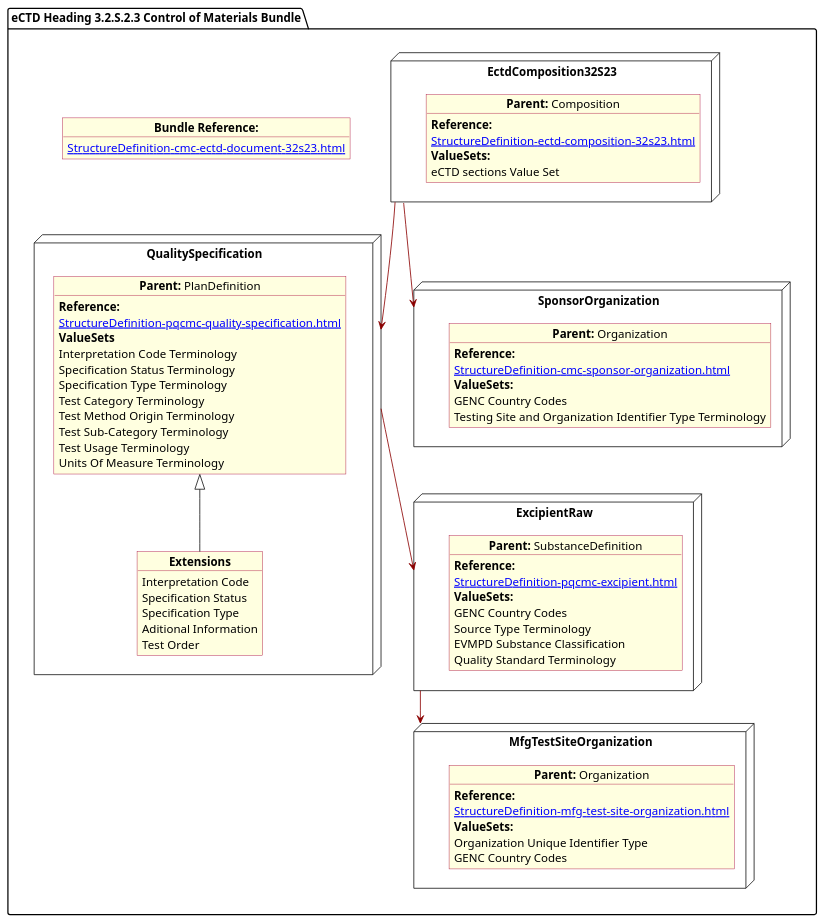
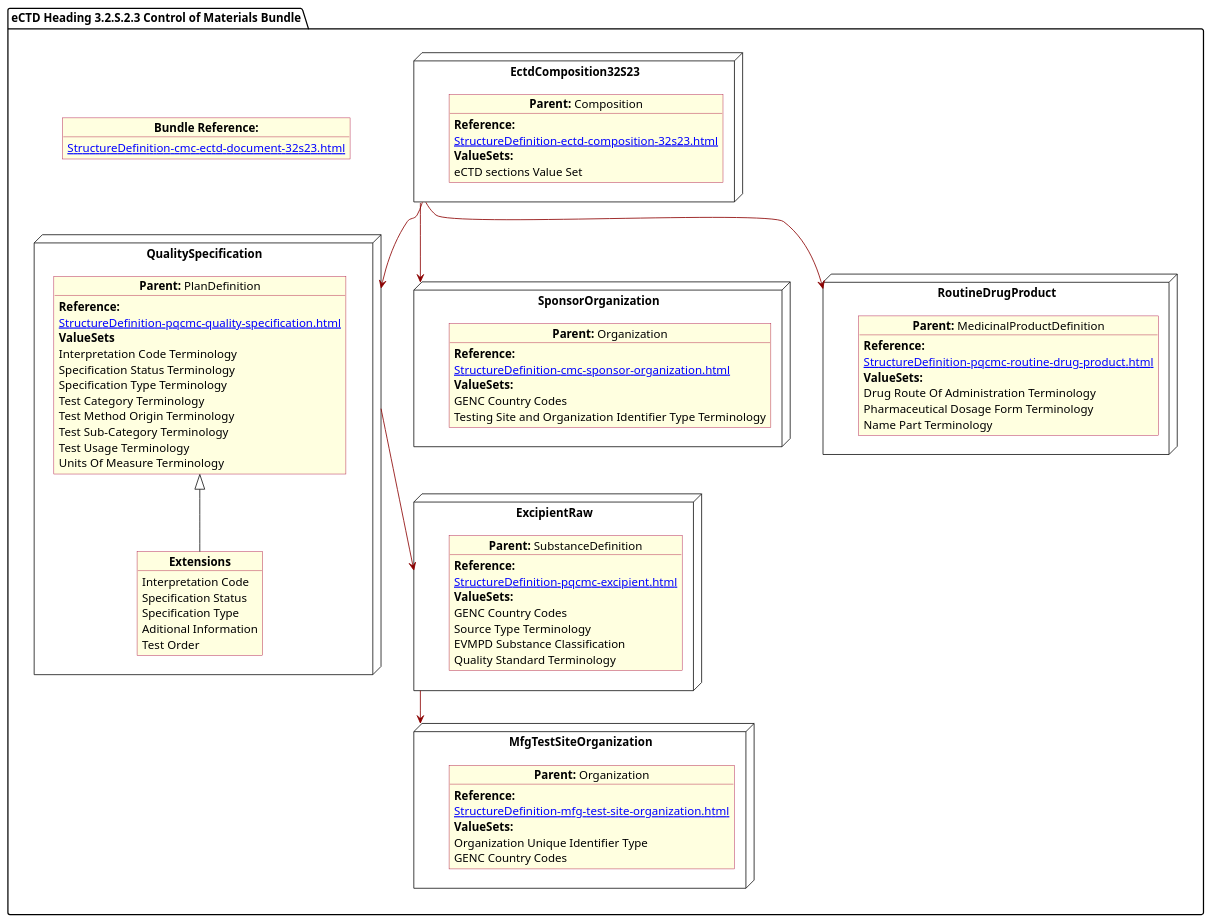
Before and after one commit to HL7/FHIR-us-pq-cmc-fda: the diagram in input/images-source/SubstanceControlMat.plantuml, drawn with PlantUML. The commit also changed 31 other files, not shown here.

```diff
--- a/input/images-source/SubstanceControlMat.plantuml
+++ b/input/images-source/SubstanceControlMat.plantuml
@@ -1,91 +1,102 @@
 @startuml SubstanceControlMat
 allowmixing
 'Mixed model of use case and object
 skinparam svgDimensionStyle false
 skinparam ObjectBackgroundColor LightYellow
 skinparam ObjectBorderColor #A80036
 skinparam activityDiamondBorderColor #A80036
 skinparam activityDiamondBackgroundColor lawnGreen
 skinparam ClassBorderThickness 4
 
 package "eCTD Heading 3.2.S.2.3 Control of Materials Bundle" as NODES {
     object "**Bundle Reference:**" as objbun {
         [[StructureDefinition-cmc-ectd-document-32s23.html]]
     }
 
     node "QualitySpecification" as N2 {
 
         object "**Parent:** PlanDefinition" as obj2 {
             **Reference:**
             [[StructureDefinition-pqcmc-quality-specification.html]]
             **ValueSets**
             Interpretation Code Terminology
             Specification Status Terminology
             Specification Type Terminology
             Test Category Terminology
             Test Method Origin Terminology
             Test Sub-Category Terminology
             Test Usage Terminology
             Units Of Measure Terminology
         }
         object "**Extensions**" as objQSEx {
             Interpretation Code
             Specification Status
             Specification Type
             Aditional Information
             Test Order
         }
         obj2 <|-- objQSEx
     }
     node "EctdComposition32S23" as N1 {
 
         object "**Parent:** Composition" as obj1 {
             **Reference:**
             [[StructureDefinition-ectd-composition-32s23.html]]
             **ValueSets:**
             eCTD sections Value Set
         }
     }
 
     node "SponsorOrganization" as NSO {
 
         object "**Parent:** Organization" as objAu {
             **Reference:**
             [[StructureDefinition-cmc-sponsor-organization.html]]
             **ValueSets:**
             GENC Country Codes
             Testing Site and Organization Identifier Type Terminology
         }
     }
 
     node "ExcipientRaw" as N21 {
 
         object "**Parent:** SubstanceDefinition" as obj22 {
             **Reference:**
             [[StructureDefinition-pqcmc-excipient.html]]
             **ValueSets:**
             GENC Country Codes
             Source Type Terminology
             EVMPD Substance Classification
             Quality Standard Terminology
         }
     }
     node "MfgTestSiteOrganization" as N21mfg {
 
         object "**Parent:** Organization" as objTS  {
             **Reference:**
             [[StructureDefinition-mfg-test-site-organization.html]]
             **ValueSets:**
             Organization Unique Identifier Type
             GENC Country Codes
         }
     }
 
+      node "RoutineDrugProduct" as NN {
 
+    object "**Parent:** MedicinalProductDefinition" as obj3 {
+      **Reference:**
+      [[StructureDefinition-pqcmc-routine-drug-product.html]]
+      **ValueSets:**
+      Drug Route Of Administration Terminology
+      Pharmaceutical Dosage Form Terminology
+      Name Part Terminology
+    }
+  }
 
     N1 -[#darkred]-> N2
     N2 -[#darkred]-> N21
     N1 -[#darkred]-> NSO
+    N1 -[#darkred]-> NN
     N21 -[#darkred]-> N21mfg
 }
 @enduml
```
